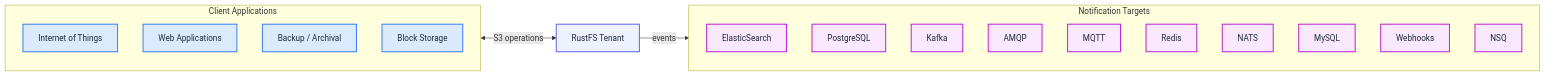
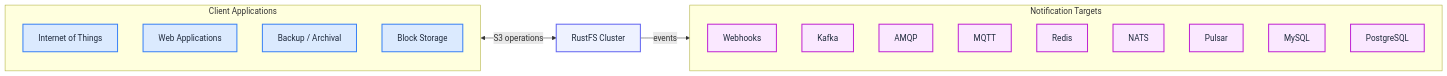
The second of 2 diagrams in content/features/logging/index.md (rustfs/docs.rustfs.com), drawn with Mermaid before and after one commit. The commit also changed other lines of this file and 25 other files, not shown here.

````diff
--- a/content/features/logging/index.md
+++ b/content/features/logging/index.md
@@ -66,30 +62,29 @@
 ```mermaid
 flowchart LR
   subgraph Clients["Client Applications"]
     IOT["Internet of Things"]
     WEB["Web Applications"]
     BK["Backup / Archival"]
     BS["Block Storage"]
   end
-  TENANT["RustFS Tenant"]
+  TENANT["RustFS Cluster"]
   subgraph Targets["Notification Targets"]
-    ES[ElasticSearch]
-    PG[PostgreSQL]
+    WH[Webhooks]
     KAFKA[Kafka]
     AMQP[AMQP]
     MQTT[MQTT]
     RED[Redis]
     NATS[NATS]
+    PULSAR[Pulsar]
     MYSQL[MySQL]
-    WH[Webhooks]
-    NSQ[NSQ]
+    PG[PostgreSQL]
   end
   Clients <-->|S3 operations| TENANT
   TENANT -->|events| Targets
   classDef server fill:#dbeafe,stroke:#3b82f6,stroke-width:2px,color:#1e293b;
   classDef svc fill:#eef2ff,stroke:#6366f1,stroke-width:2px,color:#1e293b;
   classDef accent fill:#fae8ff,stroke:#c026d3,stroke-width:2px,color:#1e293b;
   class IOT,WEB,BK,BS server
   class TENANT svc
-  class ES,PG,KAFKA,AMQP,MQTT,RED,NATS,MYSQL,WH,NSQ accent
+  class WH,KAFKA,AMQP,MQTT,RED,NATS,PULSAR,MYSQL,PG accent
 ```
````
